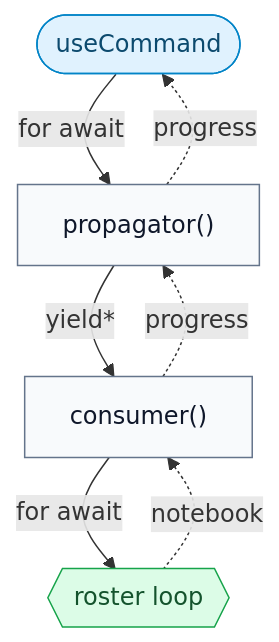
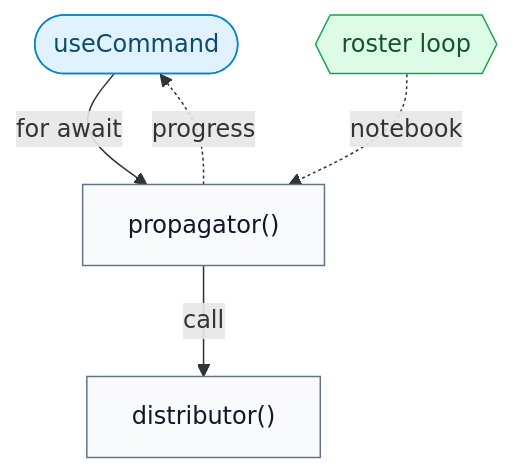
Before and after one commit to correxit/correxit: the first of 3 diagrams in DESIGN.md, drawn with Mermaid. The commit also changed other lines of this file and 44 other files, not shown here.

````diff
--- a/DESIGN.md
+++ b/DESIGN.md
@@ -130,18 +139,16 @@
 ```mermaid
 flowchart TB
   classDef ui fill:#e0f2fe,stroke:#0284c7,color:#0c4a6e,stroke-width:1px
   classDef gen fill:#f8fafc,stroke:#64748b,color:#0f172a,stroke-width:1px
   classDef src fill:#dcfce7,stroke:#16a34a,color:#14532d,stroke-width:1px
 
     UI(["useCommand"]):::ui
     P["propagator()"]:::gen
-    C["consumer()"]:::gen
+    D["distributor()"]:::gen
     R{{"roster loop"}}:::src
 
   UI -->|for await| P
-  P -->|yield*| C
-  C -->|for await| R
-  R -. notebook .-> C
-  C -. progress .-> P
+  P -->|call| D
+  R -. notebook .-> P
   P -. progress .-> UI
 ```
````
